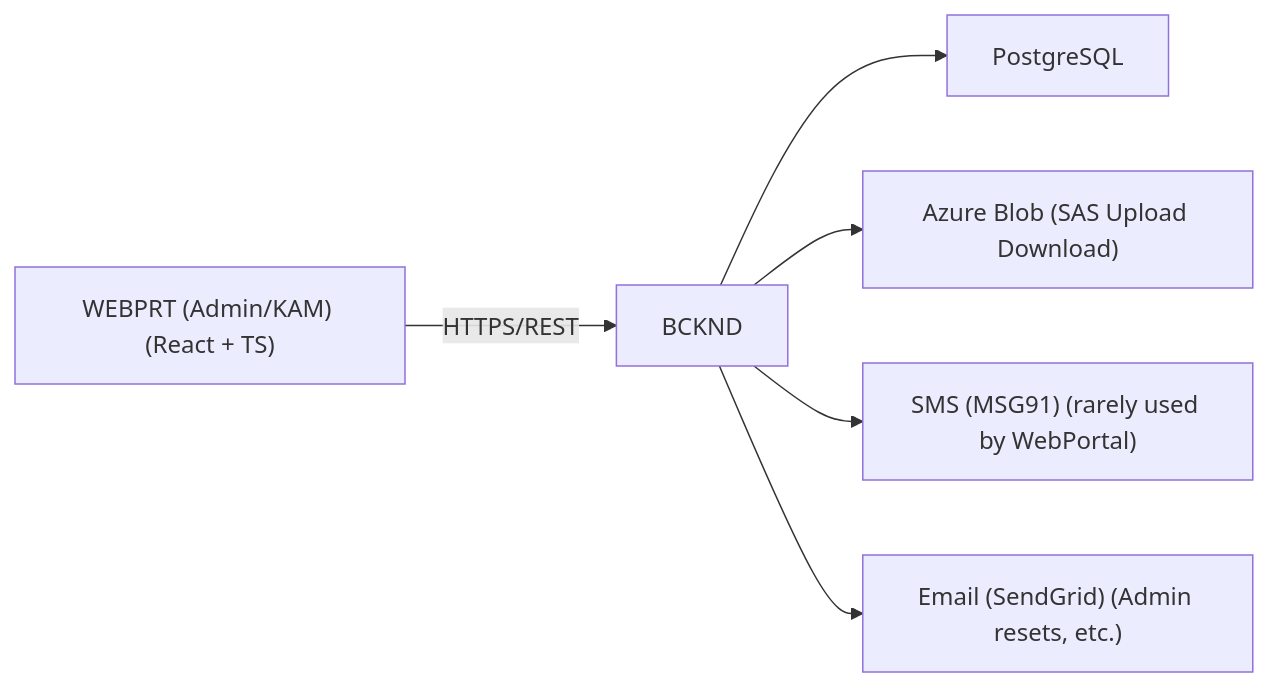
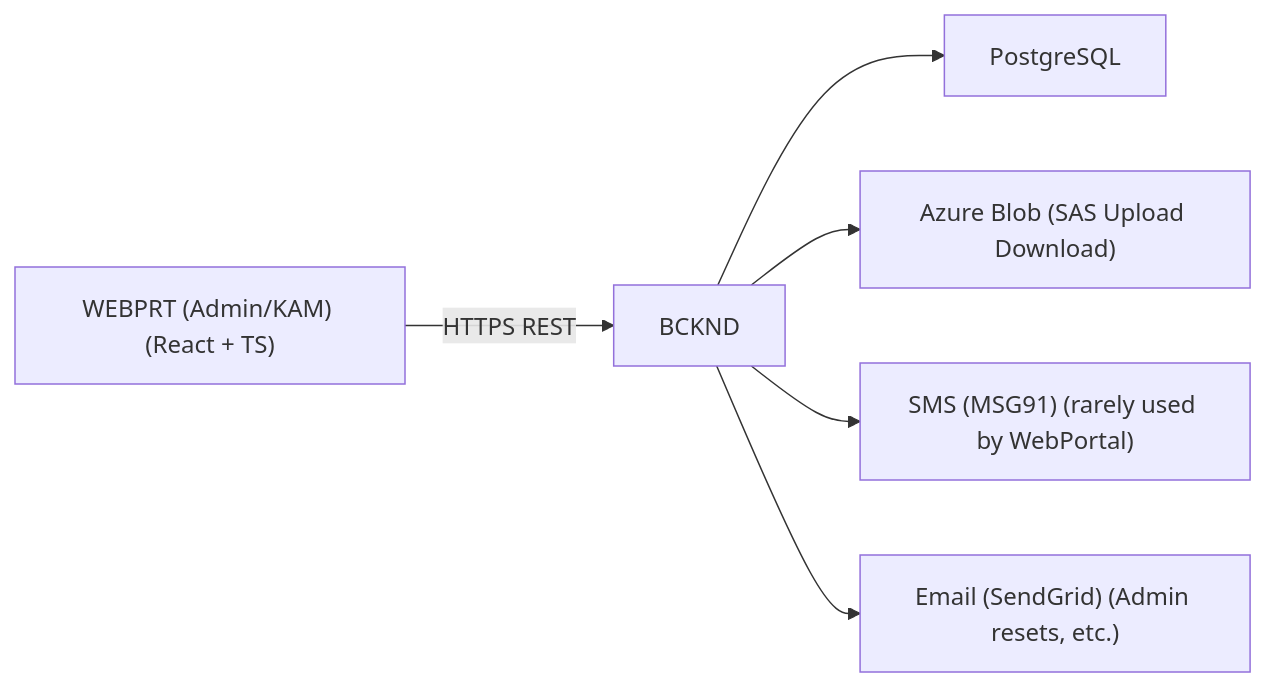
The first of 5 diagrams in L3-LLD-WEBPRT.md (PraveenGPTrueReach/solarium-docs), drawn with Mermaid before and after one commit.

````diff
--- a/L3-LLD-WEBPRT.md
+++ b/L3-LLD-WEBPRT.md
@@ -31,8 +31,8 @@
 ```mermaid
 flowchart LR
-    WP["WEBPRT (Admin/KAM) (React + TS)"] -- "HTTPS/REST" --> BK["BCKND"]
+    WP["WEBPRT (Admin/KAM) (React + TS)"] -- "HTTPS REST" --> BK["BCKND"]
     BK --> DB["PostgreSQL"]
     BK --> Blob["Azure Blob (SAS Upload Download)"]
     BK --> MSG["SMS (MSG91) (rarely used by WebPortal)"]
     BK --> Email["Email (SendGrid) (Admin resets, etc.)"]
 ```
````
